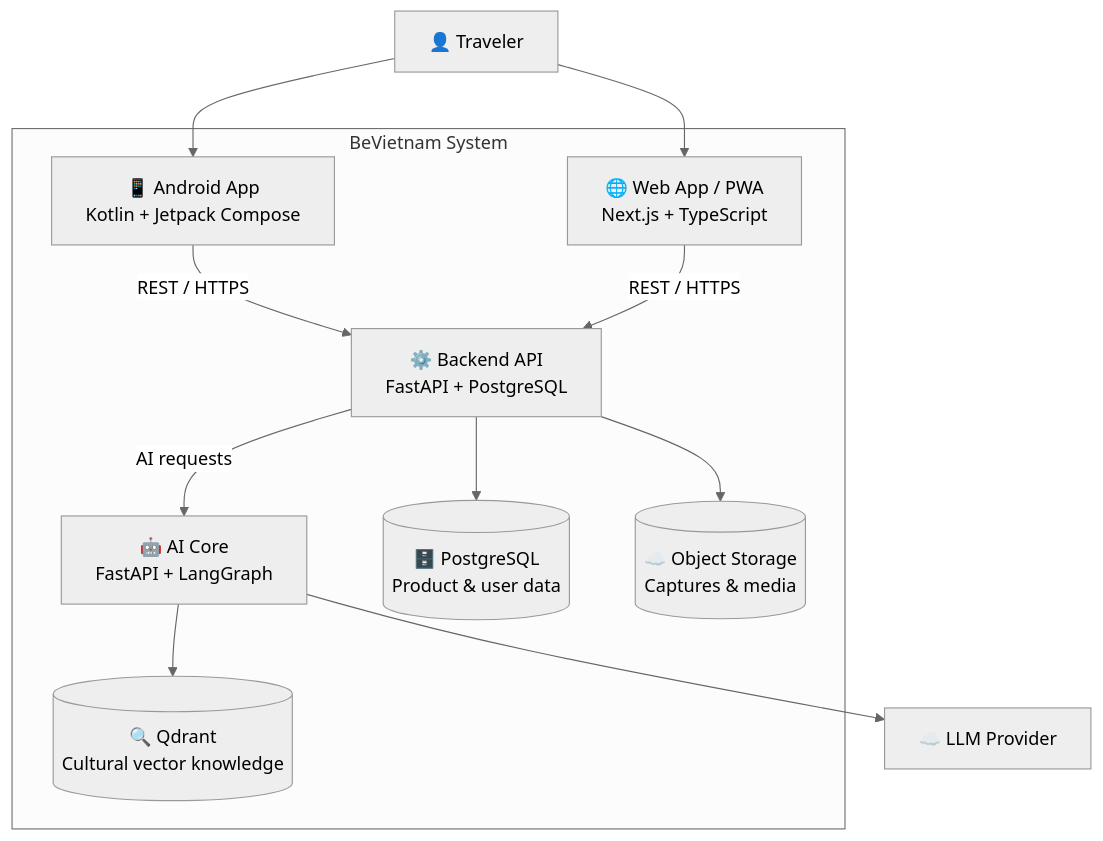
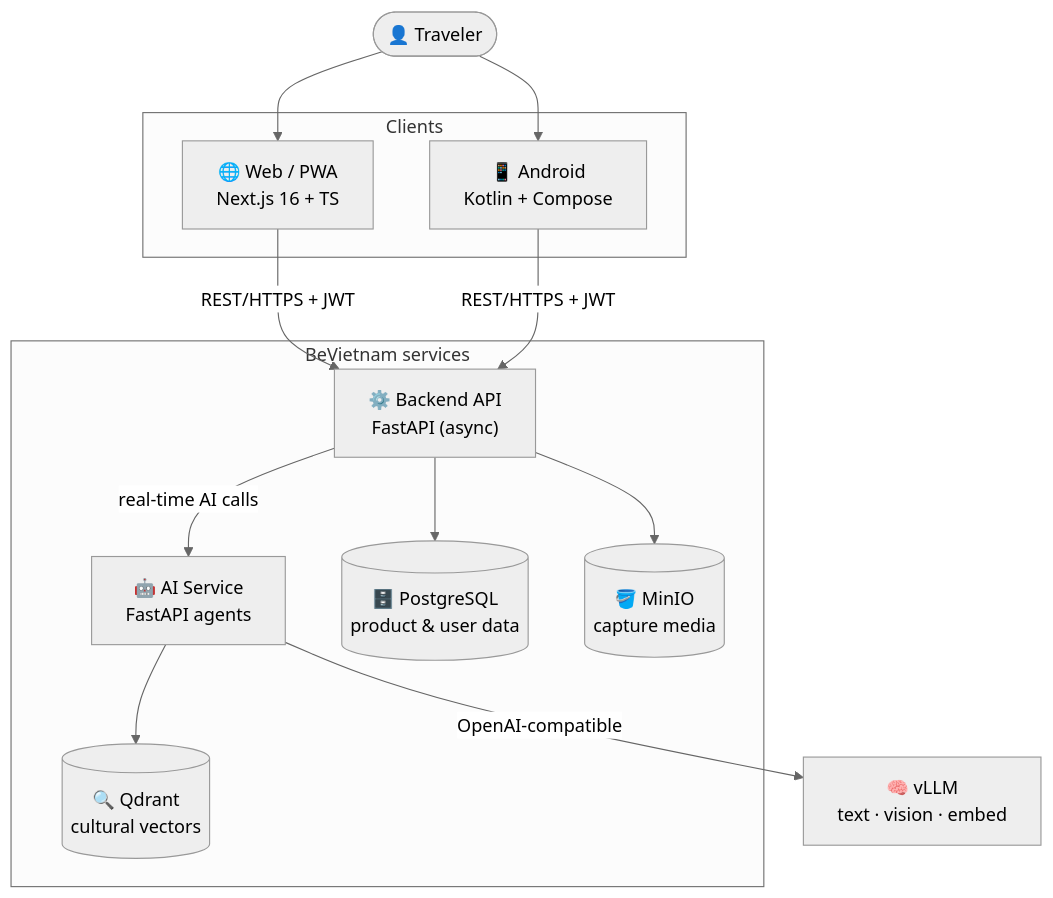
The second of 4 diagrams in README.md (khang1108/BeVietnam), drawn with Mermaid (neutral theme) before and after one commit. The commit also changed other lines of this file, not shown here.

````diff
--- a/README.md
+++ b/README.md
@@ -62,26 +72,28 @@
 ```mermaid
 flowchart TB
-    traveler["👤 Traveler"]
+    traveler(["👤 Traveler"])
 
-    subgraph system["BeVietnam System"]
-        android["📱 Android App\nKotlin + Jetpack Compose"]
-        web["🌐 Web App / PWA\nNext.js + TypeScript"]
-        backend["⚙️ Backend API\nFastAPI + PostgreSQL"]
-        aicore["🤖 AI Core\nFastAPI + LangGraph"]
-        qdrant[("🔍 Qdrant\nCultural vector knowledge")]
-        postgres[("🗄️ PostgreSQL\nProduct & user data")]
-        storage[("☁️ Object Storage\nCaptures & media")]
+    subgraph clients["Clients"]
+        web["🌐 Web / PWA<br/>Next.js 16 + TS"]
+        android["📱 Android<br/>Kotlin + Compose"]
     end
 
-    llm["☁️ LLM Provider"]
+    subgraph core["BeVietnam services"]
+        backend["⚙️ Backend API<br/>FastAPI (async)"]
+        ai["🤖 AI Service<br/>FastAPI agents"]
+        postgres[("🗄️ PostgreSQL<br/>product & user data")]
+        minio[("🪣 MinIO<br/>capture media")]
+        qdrant[("🔍 Qdrant<br/>cultural vectors")]
+    end
 
-    traveler --> android
-    traveler --> web
-    android -->|REST / HTTPS| backend
-    web -->|REST / HTTPS| backend
+    vllm["🧠 vLLM<br/>text · vision · embed"]
+
+    traveler --> web & android
+    web -->|REST/HTTPS + JWT| backend
+    android -->|REST/HTTPS + JWT| backend
     backend --> postgres
-    backend --> storage
-    backend -->|AI requests| aicore
-    aicore --> qdrant
-    aicore --> llm
+    backend --> minio
+    backend -->|real-time AI calls| ai
+    ai --> qdrant
+    ai -->|OpenAI-compatible| vllm
 ```
````
